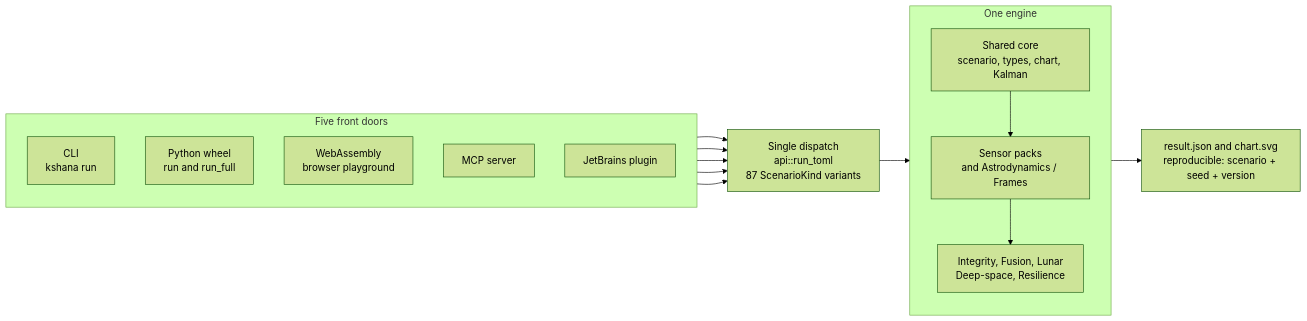
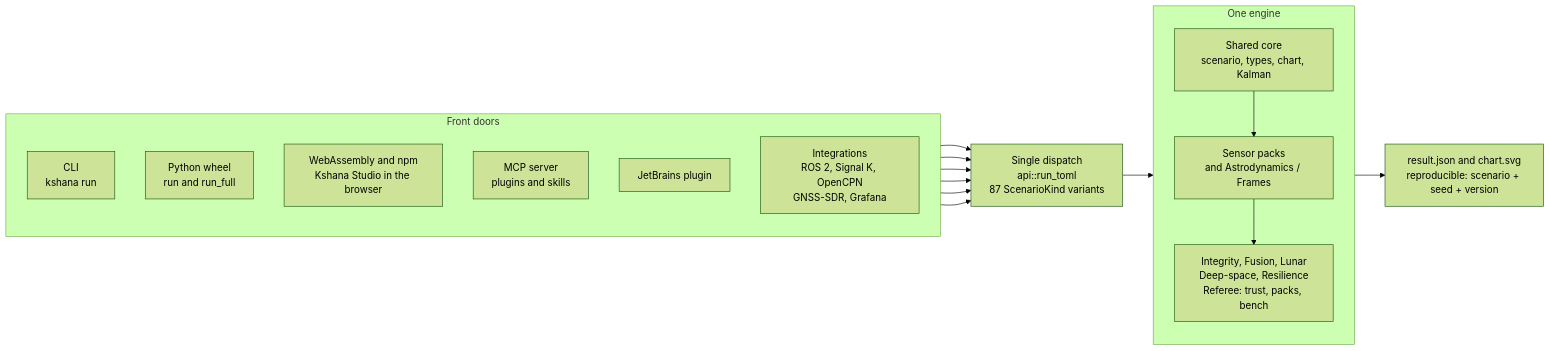
The diagram in docs/diagrams/system-overview.mmd (ashfordeOU/kshana), drawn with Mermaid (forest theme) before and after one commit. The commit also changed 117 other files, not shown here.

Commit message:
README completeness: contents, every kind by family, every command, surface and domain; docs/KINDS.md with the engine's chart for every kind; seven Mermaid diagrams embedded and re-rendered; broken figure paths fixed; completeness guard test and audit tool

```diff
--- a/docs/diagrams/system-overview.mmd
+++ b/docs/diagrams/system-overview.mmd
@@ -1,31 +1,33 @@
 flowchart LR
-    subgraph DOORS[Five front doors]
+    subgraph DOORS[Front doors]
         direction TB
         CLI[CLI<br/>kshana run]
         PY[Python wheel<br/>run and run_full]
-        WASM[WebAssembly<br/>browser playground]
-        MCP[MCP server]
+        WASM[WebAssembly and npm<br/>Kshana Studio in the browser]
+        MCP[MCP server<br/>plugins and skills]
         IDE[JetBrains plugin]
+        INT[Integrations<br/>ROS 2, Signal K, OpenCPN<br/>GNSS-SDR, Grafana]
     end
 
     DISPATCH[Single dispatch<br/>api::run_toml<br/>87 ScenarioKind variants]
 
     subgraph ENGINE[One engine]
         direction TB
         CORE[Shared core<br/>scenario, types, chart, Kalman]
         PACKS[Sensor packs<br/>and Astrodynamics / Frames]
-        DOMAIN[Integrity, Fusion, Lunar<br/>Deep-space, Resilience]
+        DOMAIN[Integrity, Fusion, Lunar<br/>Deep-space, Resilience<br/>Referee: trust, packs, bench]
         CORE --> PACKS
         PACKS --> DOMAIN
     end
 
     OUT[result.json and chart.svg<br/>reproducible: scenario + seed + version]
 
     CLI --> DISPATCH
     PY --> DISPATCH
     WASM --> DISPATCH
     MCP --> DISPATCH
     IDE --> DISPATCH
+    INT --> DISPATCH
 
     DISPATCH --> ENGINE
     ENGINE --> OUT
```
